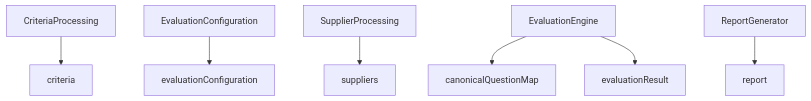
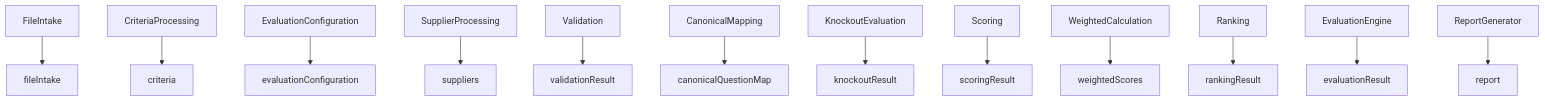
One commit to adityarane-ai/Agentic-Orchestrations changed the second of 3 diagrams in Bid Analysis Agent/05A-Data-Flow-Architecture.md. Above: the diagram before and after it, drawn with Mermaid. The commit also changed other lines of this file, not shown here.

Commit message:
Add file discovery data flow and contracts

````diff
--- a/Bid Analysis Agent/05A-Data-Flow-Architecture.md
+++ b/Bid Analysis Agent/05A-Data-Flow-Architecture.md
@@ -128,15 +101,16 @@
 ```mermaid
 flowchart TD
 
+FileIntake --> fileIntake
 CriteriaProcessing --> criteria
-
 EvaluationConfiguration --> evaluationConfiguration
-
 SupplierProcessing --> suppliers
-
-EvaluationEngine --> canonicalQuestionMap
-
+Validation --> validationResult
+CanonicalMapping --> canonicalQuestionMap
+KnockoutEvaluation --> knockoutResult
+Scoring --> scoringResult
+WeightedCalculation --> weightedScores
+Ranking --> rankingResult
 EvaluationEngine --> evaluationResult
-
 ReportGenerator --> report
 ```
````
